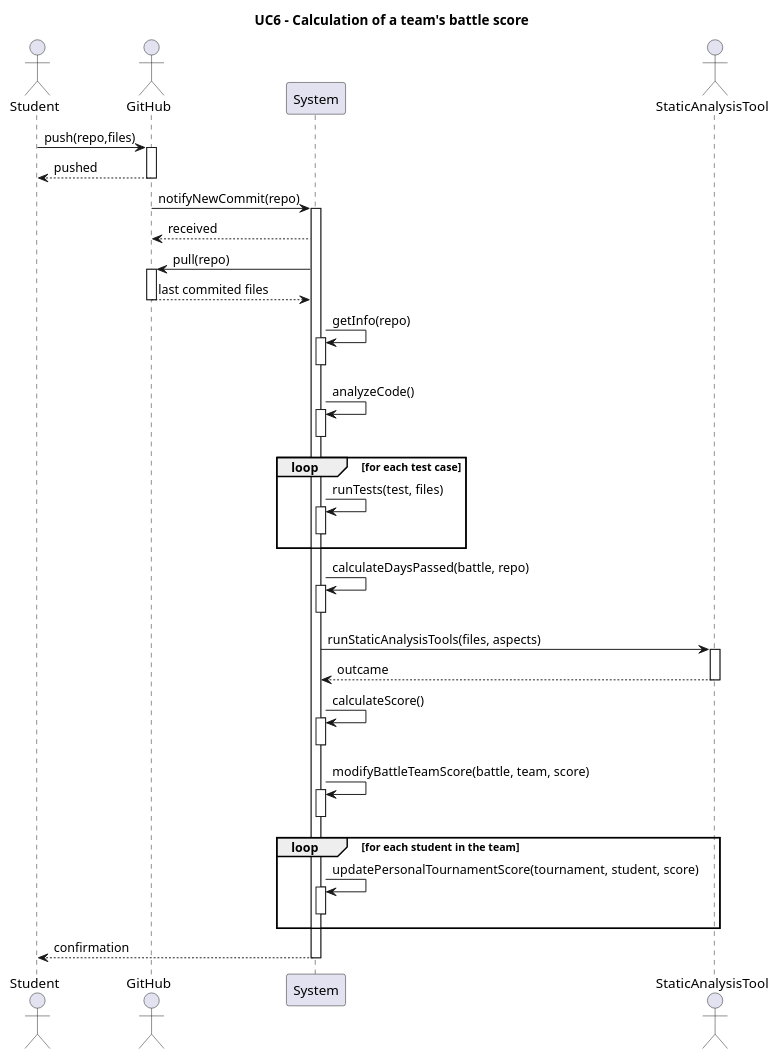
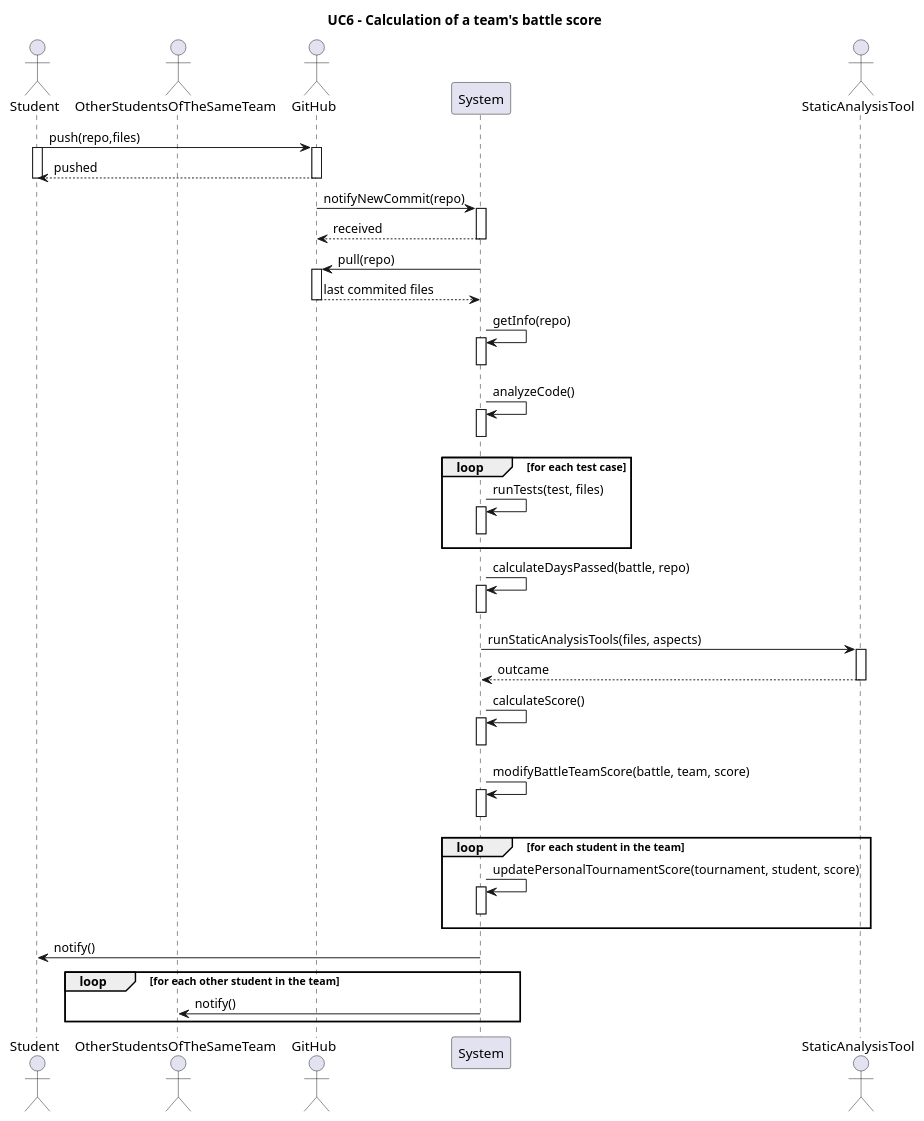
One commit to Furrrlo/CodeKataBattle changed the diagram in rasd/puml/UC6.puml. Above: the diagram before and after it, drawn with PlantUML. The commit also changed 8 other files, not shown here.

```diff
--- a/rasd/puml/UC6.puml
+++ b/rasd/puml/UC6.puml
@@ -1,50 +1,58 @@
 @startuml UC6
 title UC6 - Calculation of a team's battle score
 actor Student
+actor OtherStudentsOfTheSameTeam
 actor GitHub
 participant System
 actor StaticAnalysisTool
 
 Student -> GitHub ++ : push(repo,files)
+activate Student
 GitHub --> Student --: pushed
+deactivate Student
 
 GitHub -> System ++ : notifyNewCommit(repo)
 
-System --> GitHub : received
+System --> GitHub --: received
 
 System -> GitHub ++ : pull(repo)
 GitHub --> System --: last commited files
 
 System -> System ++: getInfo(repo)
 deactivate System
 
 System -> System ++: analyzeCode()
 deactivate System
 
 
 loop for each test case
     System -> System ++: runTests(test, files)
     deactivate System
 end
 
 System -> System ++: calculateDaysPassed(battle, repo)
 deactivate System
 
 System -> StaticAnalysisTool ++: runStaticAnalysisTools(files, aspects)
 StaticAnalysisTool --> System -- : outcame
 
 
 System -> System ++: calculateScore()
 deactivate System
 
 System -> System ++: modifyBattleTeamScore(battle, team, score)
 deactivate System
 
 loop for each student in the team
     System -> System ++: updatePersonalTournamentScore(tournament, student, score)
     deactivate System
 end
 
+System -> Student: notify()
+loop for each other student in the team
+    System -> OtherStudentsOfTheSameTeam: notify()
+    deactivate System
+end
 
-System --> Student --: confirmation
+
 @enduml
```
